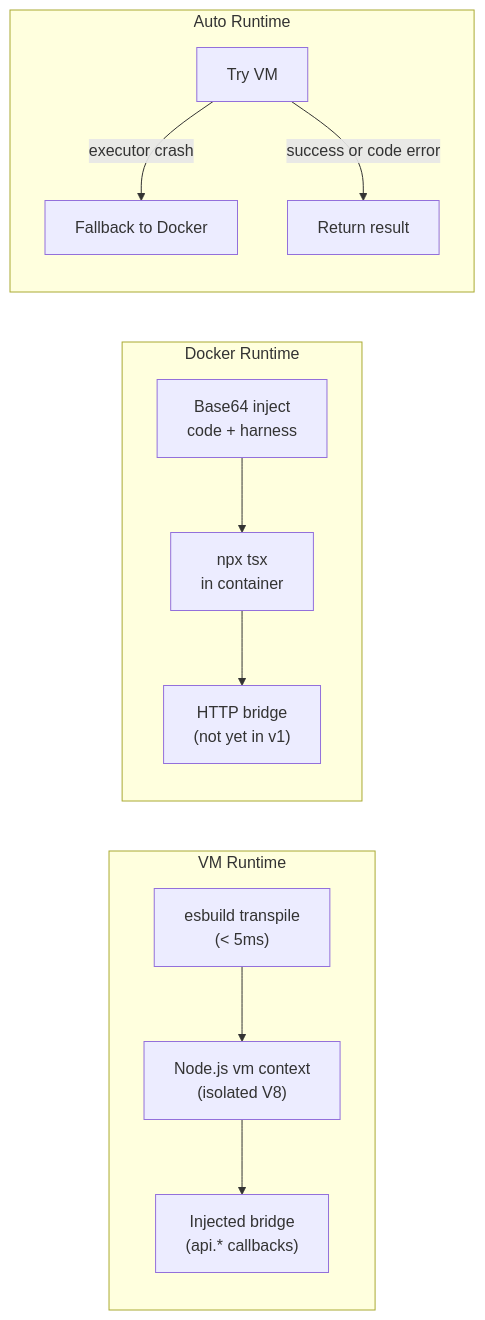
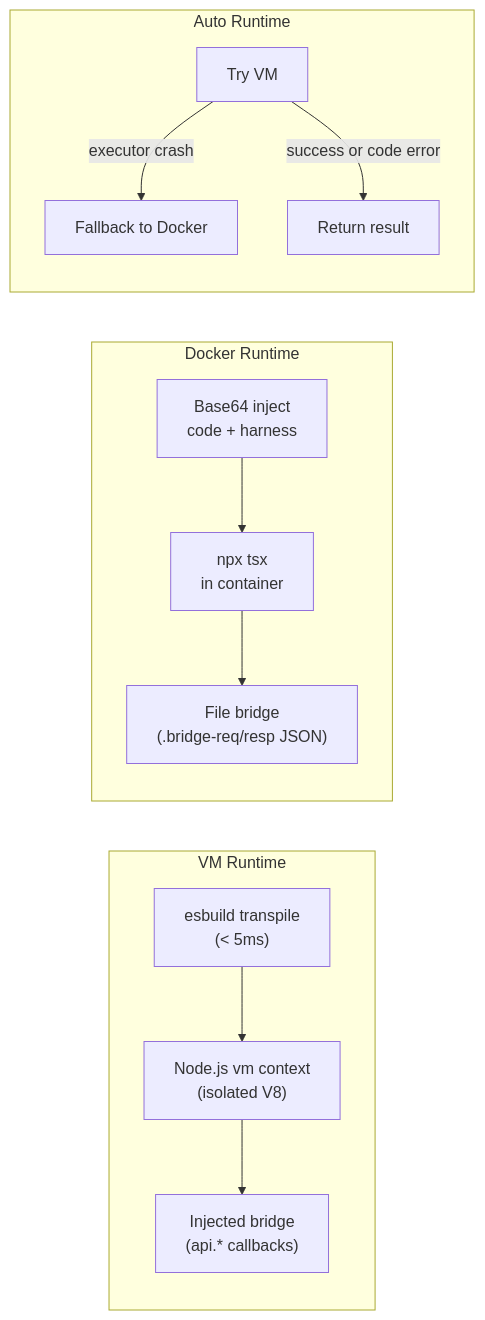
One commit to FaureAlexis/augure changed the fourth of 4 diagrams in apps/docs/content/docs/code-mode.mdx. Above: the diagram before and after it, drawn with Mermaid. The commit also changed other lines of this file and 4 other files, not shown here.

````diff
--- a/apps/docs/content/docs/code-mode.mdx
+++ b/apps/docs/content/docs/code-mode.mdx
@@ -103,18 +103,18 @@
 ```mermaid
 graph LR
     subgraph VM["VM Runtime"]
         direction TB
         V1["esbuild transpile\n(< 5ms)"] --> V2["Node.js vm context\n(isolated V8)"] --> V3["Injected bridge\n(api.* callbacks)"]
     end
 
     subgraph Docker["Docker Runtime"]
         direction TB
-        D1["Base64 inject\ncode + harness"] --> D2["npx tsx\nin container"] --> D3["HTTP bridge\n(not yet in v1)"]
+        D1["Base64 inject\ncode + harness"] --> D2["npx tsx\nin container"] --> D3["File bridge\n(.bridge-req/resp JSON)"]
     end
 
     subgraph Auto["Auto Runtime"]
         direction TB
         A1["Try VM"] -->|executor crash| A2["Fallback to Docker"]
         A1 -->|success or code error| A3["Return result"]
     end
 ```
````
